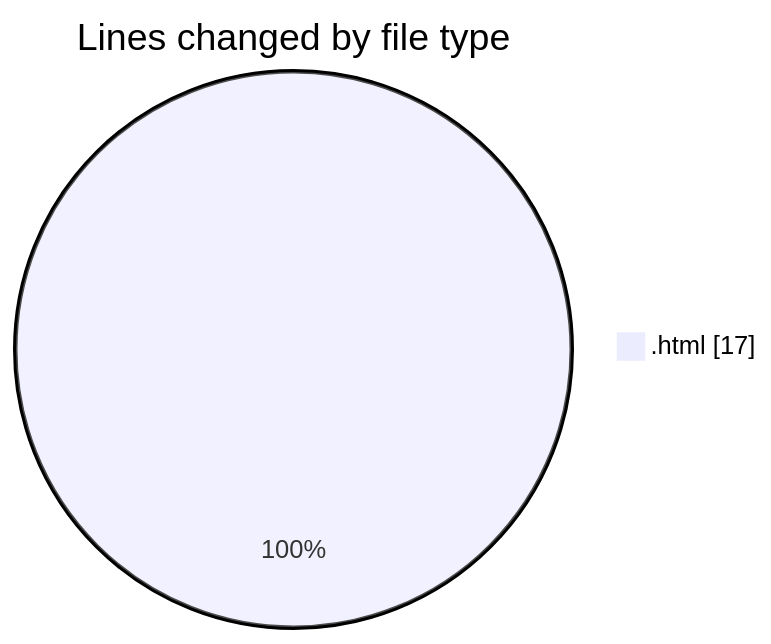
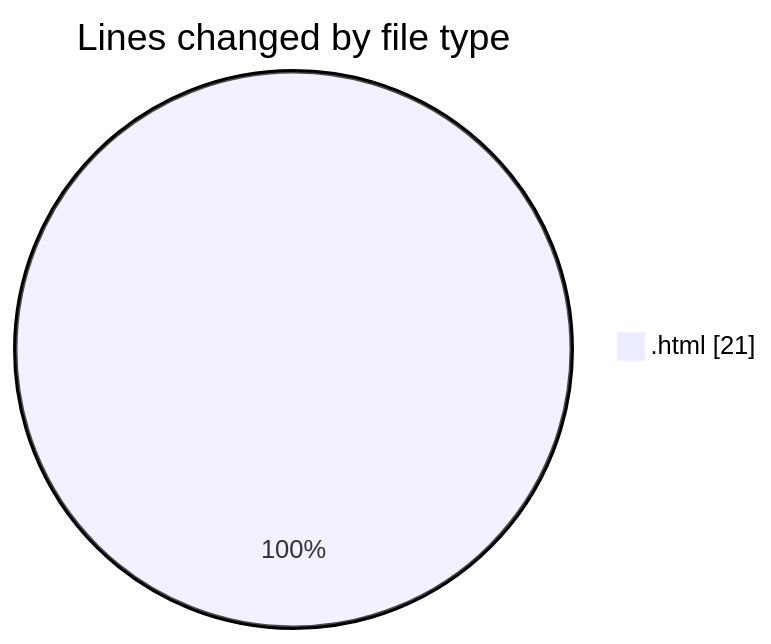
The first of 2 diagrams in 2025-12-24/technologie_web/README.md (hasnaa123/code-tracking), drawn with Mermaid before and after one commit. The commit also changed other lines of this file and 1 other file, not shown here.

````diff
--- a/2025-12-24/technologie_web/README.md
+++ b/2025-12-24/technologie_web/README.md
@@ -20,5 +20,5 @@
 ```mermaid
 pie showData
 title Lines changed by file type
-".html" : 17
+".html" : 21
 ```
````
